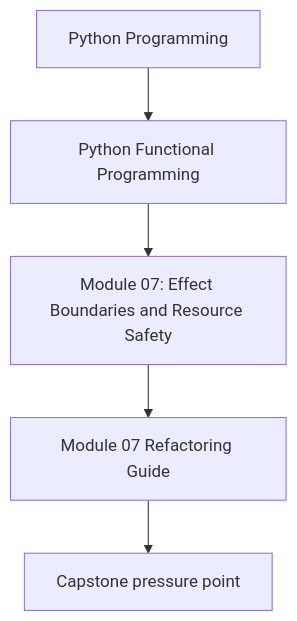
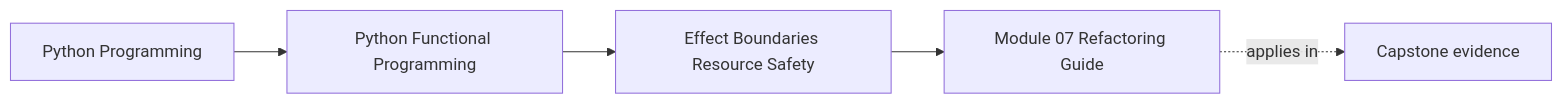
One commit to bijux/bijux-masterclass changed the first of 2 diagrams in programs/python-programming/python-functional-programming/course-book/module-07-effect-boundaries-resource-safety/refactoring-guide.md. Above: the diagram before and after it, drawn with Mermaid. The commit also changed other lines of this file and 108 other files, not shown here.

Commit message:
docs(python-functional-programming): map capstone and advanced design surfaces

````diff
--- a/programs/python-programming/python-functional-programming/course-book/module-07-effect-boundaries-resource-safety/refactoring-guide.md
+++ b/programs/python-programming/python-functional-programming/course-book/module-07-effect-boundaries-resource-safety/refactoring-guide.md
@@ -7,7 +7,11 @@
 ```mermaid
-flowchart TD
-  family["Python Programming"] --> program["Python Functional Programming"]
-  program --> module["Module 07: Effect Boundaries and Resource Safety"]
-  module --> concept["Module 07 Refactoring Guide"]
-  concept --> capstone["Capstone pressure point"]
+graph LR
+  family["Python Programming"]
+  program["Python Functional Programming"]
+  section["Effect Boundaries Resource Safety"]
+  page["Module 07 Refactoring Guide"]
+  capstone["Capstone evidence"]
+
+  family --> program --> section --> page
+  page -.applies in.-> capstone
 ```
````
